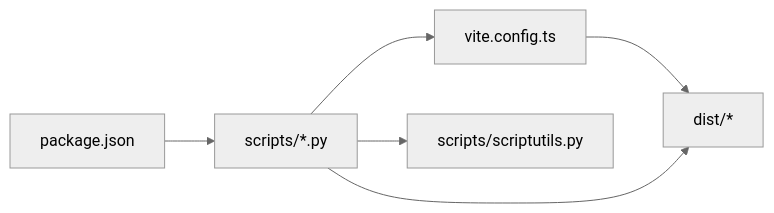
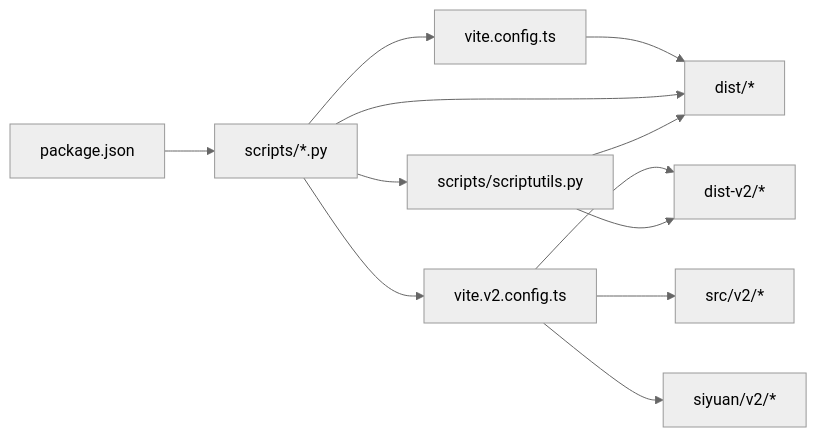
Before and after one commit to terwer/siyuan-plugin-publisher: the eighth of 8 diagrams in .qoder/repowiki/zh/content/开发指南/构建系统/构建系统.md, drawn with Mermaid (neutral theme). The commit also changed other lines of this file and 12 other files, not shown here.

````diff
--- a/.qoder/repowiki/zh/content/开发指南/构建系统/构建系统.md
+++ b/.qoder/repowiki/zh/content/开发指南/构建系统/构建系统.md
@@ -308,8 +399,14 @@
 ```mermaid
 graph LR
 P["package.json"] --> SP["scripts/*.py"]
 SP --> V["vite.config.ts"]
+SP --> V2["vite.v2.config.ts"]
 SP --> SU["scripts/scriptutils.py"]
 V --> O["dist/*"]
+V2 --> O2["dist-v2/*"]
 SP --> O
+SU --> O
+SU --> O2
+V2 --> UI["src/v2/*"]
+V2 --> HOST["siyuan/v2/*"]
 ```
````
